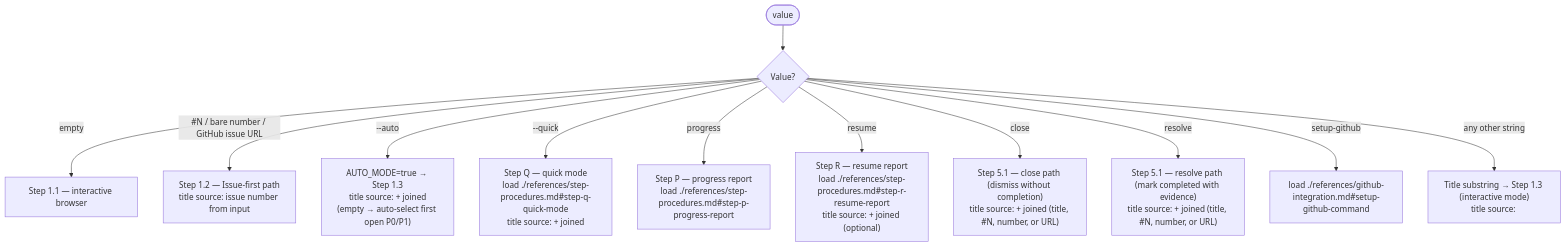
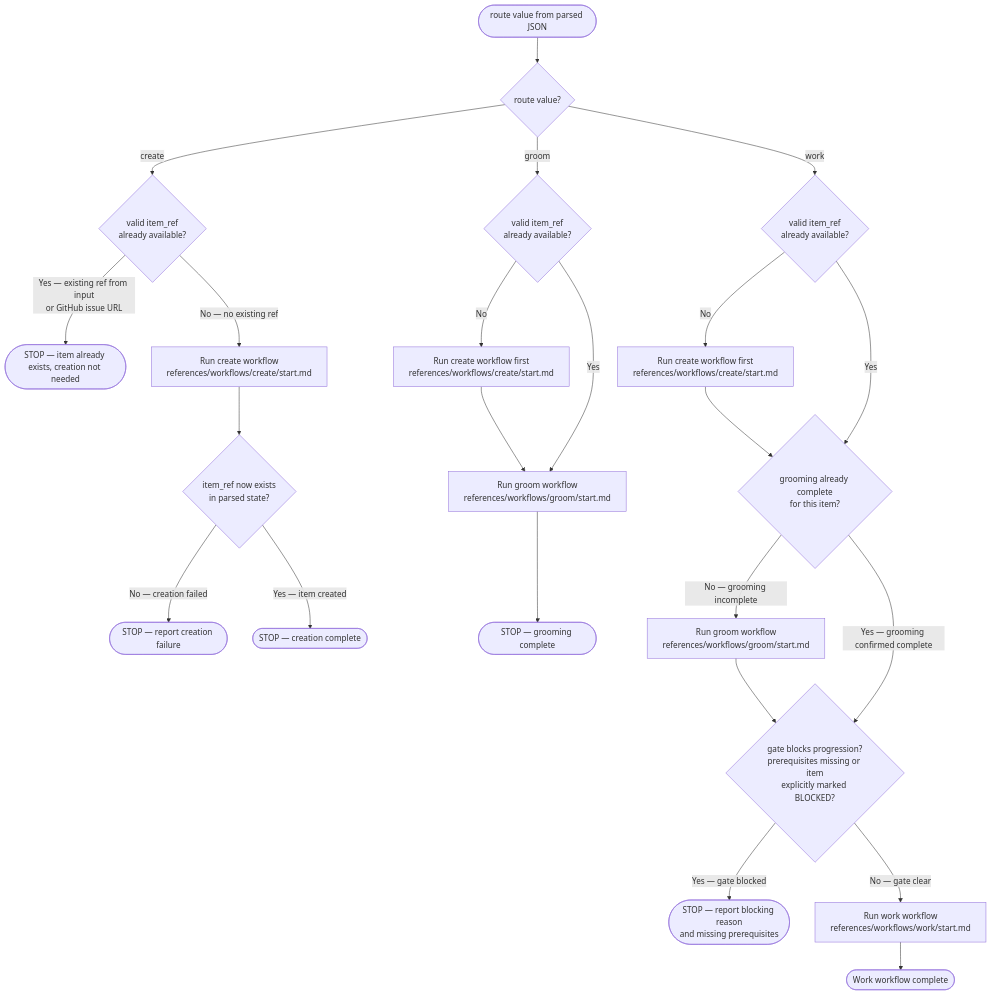
Before and after one commit to chgreer1070/claude_skills: the second of 3 diagrams in plugins/development-harness/skills/work-backlog-item/SKILL.md, drawn with Mermaid. The commit also changed other lines of this file and 38 other files, not shown here.

First line of the commit message:
feat(dh): add parser/router for work-backlog-item skill

````diff
--- a/plugins/development-harness/skills/work-backlog-item/SKILL.md
+++ b/plugins/development-harness/skills/work-backlog-item/SKILL.md
@@ -67,14 +57,29 @@
 ```mermaid
 flowchart TD
-    Start(["<mode/> value"]) --> Q1{Value?}
-    Q1 -->|"empty"| S0["Step 1.1 — interactive browser"]
-    Q1 -->|"#N / bare number / GitHub issue URL"| S1b["Step 1.2 — Issue-first path<br>title source: issue number from input"]
-    Q1 -->|"--auto"| Auto["AUTO_MODE=true → Step 1.3<br>title source: <item_ref/>+ joined<br>(empty → auto-select first open P0/P1)"]
-    Q1 -->|"--quick"| SQ["Step Q — quick mode<br>load ./references/step-procedures.md#step-q-quick-mode<br>title source: <item_ref/>+ joined"]
-    Q1 -->|"progress"| SP["Step P — progress report<br>load ./references/step-procedures.md#step-p-progress-report"]
-    Q1 -->|"resume"| SR["Step R — resume report<br>load ./references/step-procedures.md#step-r-resume-report<br>title source: <item_ref/>+ joined (optional)"]
-    Q1 -->|"close"| S9c["Step 5.1 — close path (dismiss without completion)<br>title source: <item_ref/>+ joined (title, #N, number, or URL)"]
-    Q1 -->|"resolve"| S9r["Step 5.1 — resolve path (mark completed with evidence)<br>title source: <item_ref/>+ joined (title, #N, number, or URL)"]
-    Q1 -->|"setup-github"| SGH["load ./references/github-integration.md#setup-github-command"]
-    Q1 -->|"any other string"| S1["Title substring → Step 1.3 (interactive mode)<br>title source: <invocation_args/>"]
+    %% Pipeline order: create -> groom -> work. Each earlier stage runs only if its output is missing.
+    RouteIn(["route value from parsed JSON"]) --> RouteCheck{"route value?"}
+
+    RouteCheck -->|"create"| CreateItemRef{"valid item_ref<br>already available?"}
+    CreateItemRef -->|"Yes — existing ref from input<br>or GitHub issue URL"| CreateSkip(["STOP — item already exists, creation not needed"])
+    CreateItemRef -->|"No — no existing ref"| RunCreate["Run create workflow<br>references/workflows/create/start.md"]
+    RunCreate --> CreateDone{"item_ref now exists<br>in parsed state?"}
+    CreateDone -->|"No — creation failed"| CreateFail(["STOP — report creation failure"])
+    CreateDone -->|"Yes — item created"| CreateEnd(["STOP — creation complete"])
+
+    RouteCheck -->|"groom"| GroomItemRef{"valid item_ref<br>already available?"}
+    GroomItemRef -->|"No"| GroomCreate["Run create workflow first<br>references/workflows/create/start.md"]
+    GroomCreate --> GroomStart
+    GroomItemRef -->|"Yes"| GroomStart["Run groom workflow<br>references/workflows/groom/start.md"]
+    GroomStart --> GroomDone(["STOP — grooming complete"])
+
+    RouteCheck -->|"work"| WorkItemRef{"valid item_ref<br>already available?"}
+    WorkItemRef -->|"No"| WorkCreate["Run create workflow first<br>references/workflows/create/start.md"]
+    WorkCreate --> WorkGroomCheck
+    WorkItemRef -->|"Yes"| WorkGroomCheck{"grooming already complete<br>for this item?"}
+    WorkGroomCheck -->|"No — grooming incomplete"| WorkGroom["Run groom workflow<br>references/workflows/groom/start.md"]
+    WorkGroom --> WorkGate
+    WorkGroomCheck -->|"Yes — grooming confirmed complete"| WorkGate{"gate blocks progression?<br>prerequisites missing or item<br>explicitly marked BLOCKED?"}
+    WorkGate -->|"Yes — gate blocked"| WorkBlocked(["STOP — report blocking reason<br>and missing prerequisites"])
+    WorkGate -->|"No — gate clear"| WorkRun["Run work workflow<br>references/workflows/work/start.md"]
+    WorkRun --> WorkEnd(["Work workflow complete"])
 ```
````
